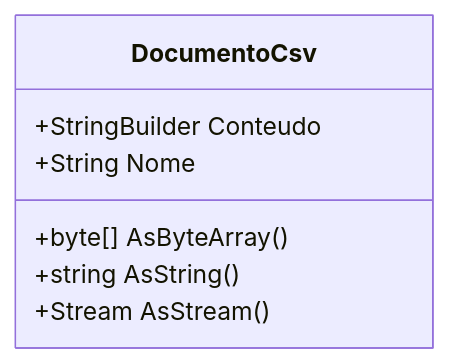
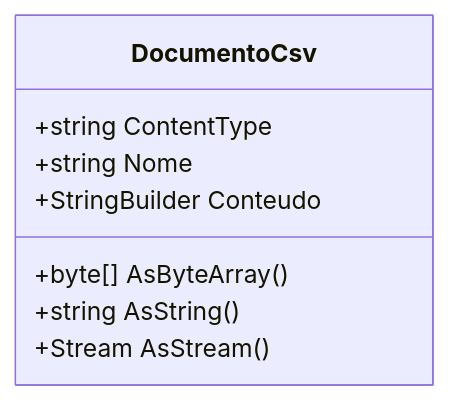
Before and after one commit to IsthmusSistemas/documentacao-tecnica: the diagram in docs/b2b-dominio/IsthmusWinthor.Nucleo/IsthmusWinthor.Dominio/POCO/DocumentoCsv.md, drawn with Mermaid. The commit also changed other lines of this file and 882 other files, not shown here.

````diff
--- a/docs/b2b-dominio/IsthmusWinthor.Nucleo/IsthmusWinthor.Dominio/POCO/DocumentoCsv.md
+++ b/docs/b2b-dominio/IsthmusWinthor.Nucleo/IsthmusWinthor.Dominio/POCO/DocumentoCsv.md
@@ -43,10 +42,11 @@
 ```mermaid
 classDiagram
     class DocumentoCsv {
+        +string ContentType
+        +string Nome
         +StringBuilder Conteudo
-        +String Nome
         +byte[] AsByteArray()
         +string AsString()
         +Stream AsStream()
     }
 ```
````
